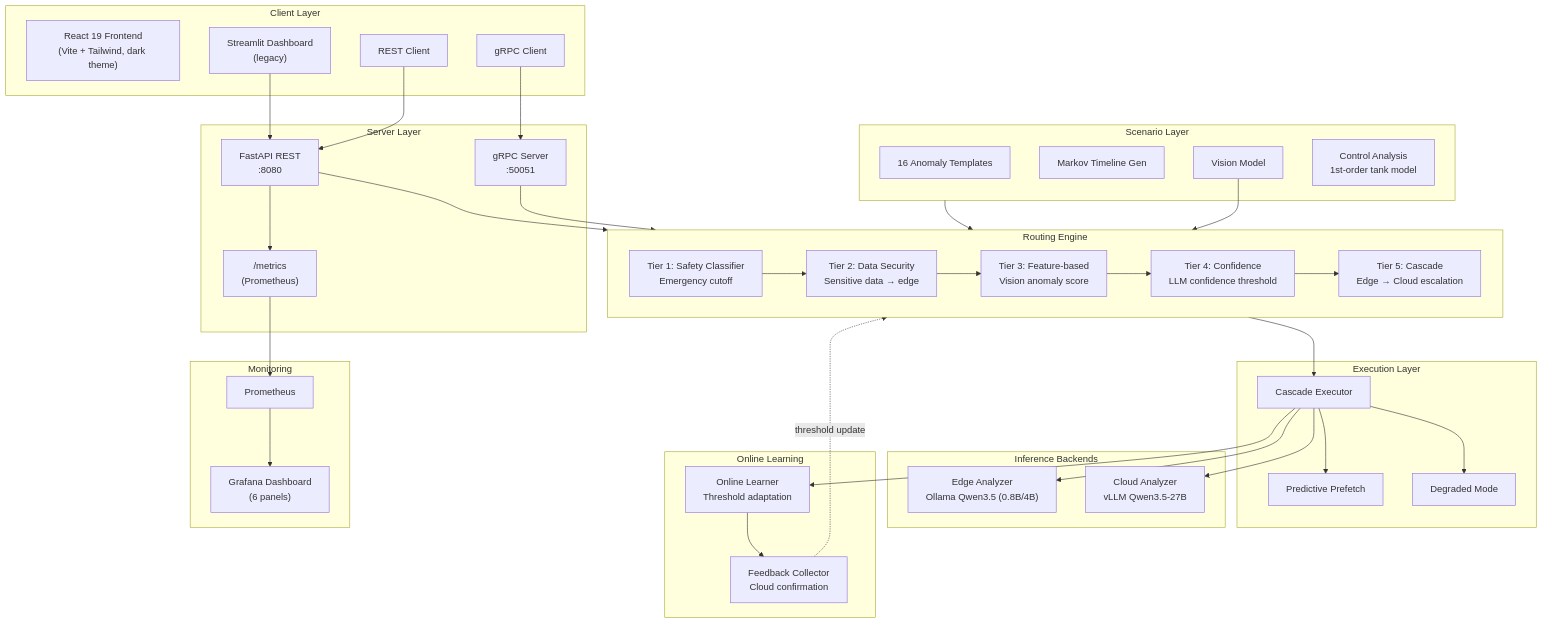
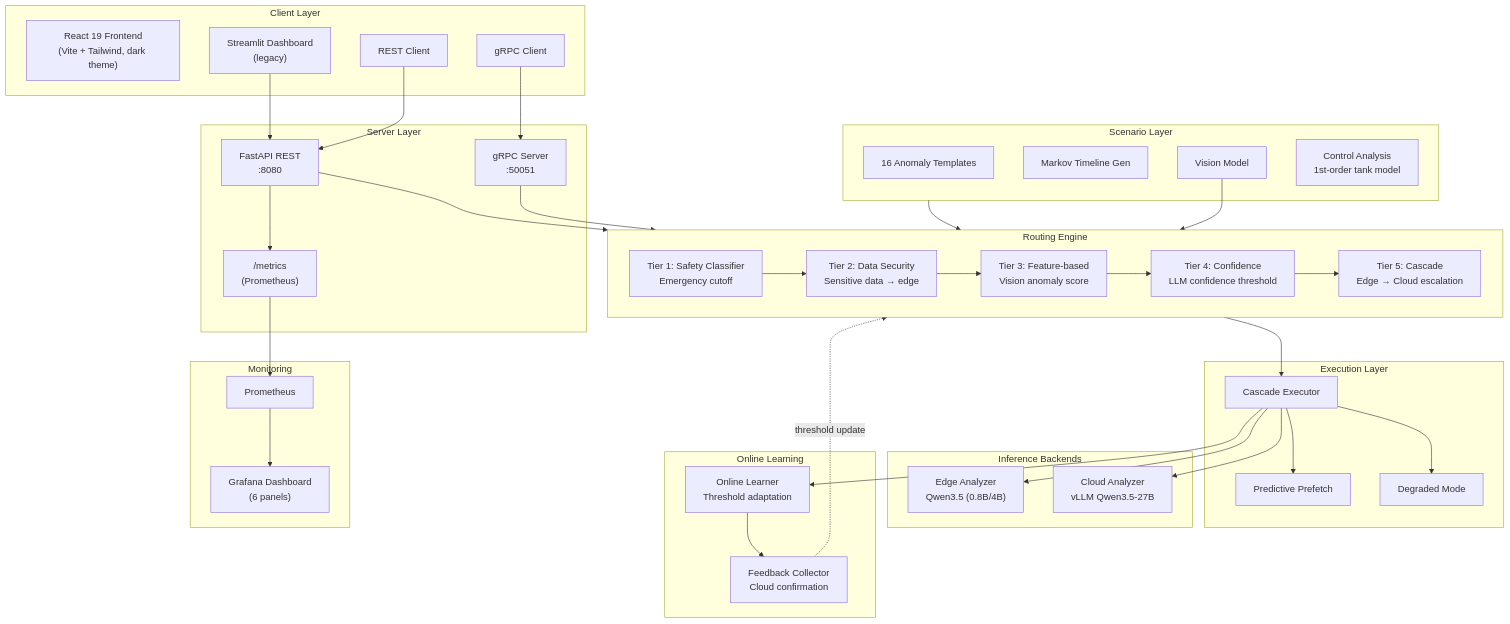
One commit to zcyyyds-test/EdgeCloudInference changed the first of 3 diagrams in docs/architecture.md. Above: the diagram before and after it, drawn with Mermaid. The commit also changed other lines of this file and 43 other files, not shown here.

````diff
--- a/docs/architecture.md
+++ b/docs/architecture.md
@@ -5,76 +5,76 @@
 ```mermaid
 graph TB
     subgraph Client["Client Layer"]
         Frontend["React 19 Frontend<br/>(Vite + Tailwind, dark theme)"]
         Dashboard["Streamlit Dashboard<br/>(legacy)"]
         GRPC_C["gRPC Client"]
         REST_C["REST Client"]
     end
 
     subgraph Server["Server Layer"]
         API["FastAPI REST<br/>:8080"]
         GRPC_S["gRPC Server<br/>:50051"]
         Metrics["/metrics<br/>(Prometheus)"]
     end
 
     subgraph Router["Routing Engine"]
         T1["Tier 1: Safety Classifier<br/>Emergency cutoff"]
         T2["Tier 2: Data Security<br/>Sensitive data → edge"]
         T3["Tier 3: Feature-based<br/>Vision anomaly score"]
         T4["Tier 4: Confidence<br/>LLM confidence threshold"]
         T5["Tier 5: Cascade<br/>Edge → Cloud escalation"]
     end
 
     subgraph Execution["Execution Layer"]
         Cascade["Cascade Executor"]
         Prefetch["Predictive Prefetch"]
         Degraded["Degraded Mode"]
     end
 
     subgraph Inference["Inference Backends"]
-        Edge["Edge Analyzer<br/>Ollama Qwen3.5 (0.8B/4B)"]
+        Edge["Edge Analyzer<br/>Qwen3.5 (0.8B/4B)"]
         Cloud["Cloud Analyzer<br/>vLLM Qwen3.5-27B"]
     end
 
     subgraph Learning["Online Learning"]
         OL["Online Learner<br/>Threshold adaptation"]
         FB["Feedback Collector<br/>Cloud confirmation"]
     end
 
     subgraph Scenarios["Scenario Layer"]
         ScenarioTemplates["16 Anomaly Templates"]
         Timeline["Markov Timeline Gen"]
         Vision["Vision Model"]
         Control["Control Analysis<br/>1st-order tank model"]
     end
 
     subgraph Monitoring["Monitoring"]
         Prom["Prometheus"]
         Grafana["Grafana Dashboard<br/>(6 panels)"]
     end
 
     Dashboard --> API
     GRPC_C --> GRPC_S
     REST_C --> API
     API --> Router
     GRPC_S --> Router
 
     T1 --> T2 --> T3 --> T4 --> T5
 
     Router --> Cascade
     Cascade --> Edge
     Cascade --> Cloud
     Cascade --> Prefetch
     Cascade --> Degraded
 
     Cascade --> OL
     OL --> FB
     FB -.->|threshold update| Router
 
     Scenarios --> Router
     Vision --> Router
 
     API --> Metrics
     Metrics --> Prom
     Prom --> Grafana
 ```
````
